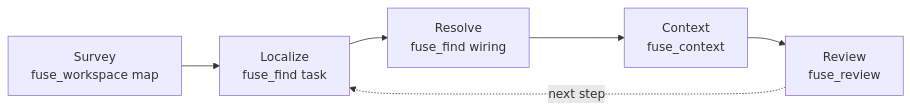
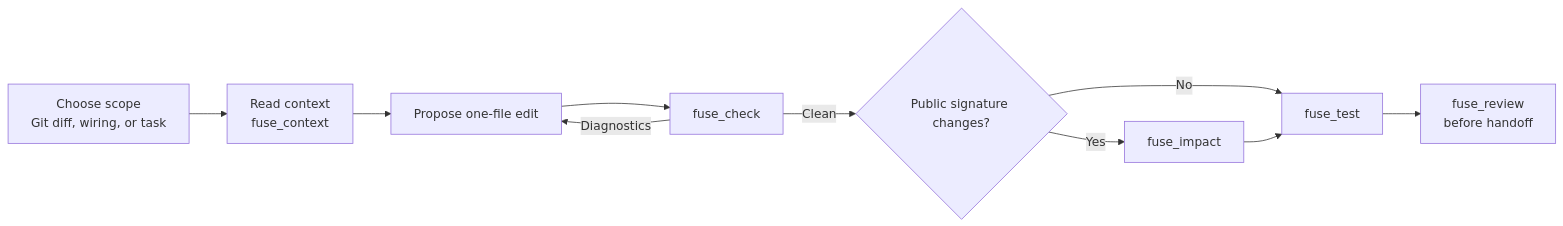
The diagram in site/content/docs/concepts/iterative-workflow.mdx (Litenova-Solutions/Fuse), drawn with Mermaid before and after one commit. The commit also changed other lines of this file and 24 other files, not shown here.

````diff
--- a/site/content/docs/concepts/iterative-workflow.mdx
+++ b/site/content/docs/concepts/iterative-workflow.mdx
@@ -44,8 +44,12 @@
 ```mermaid
 flowchart LR
-    A[Survey<br/>fuse_workspace map] --> B[Localize<br/>fuse_find task]
-    B --> C[Resolve<br/>fuse_find wiring]
-    C --> D[Context<br/>fuse_context]
-    D --> E[Review<br/>fuse_review]
-    E -.next step.-> B
+    A[Choose scope<br/>Git diff, wiring, or task] --> B[Read context<br/>fuse_context]
+    B --> C[Propose one-file edit]
+    C --> D[fuse_check]
+    D -->|Diagnostics| C
+    D -->|Clean| E{Public signature changes?}
+    E -->|Yes| F[fuse_impact]
+    E -->|No| G[fuse_test]
+    F --> G
+    G --> H[fuse_review<br/>before handoff]
 ```
````
